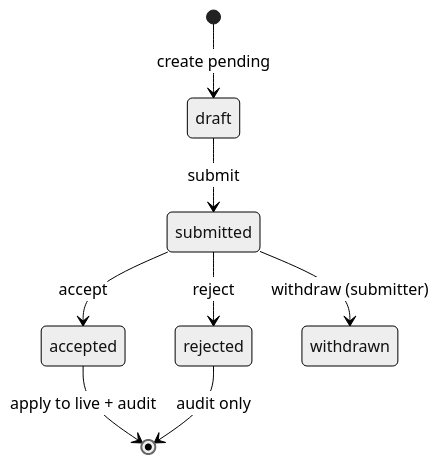
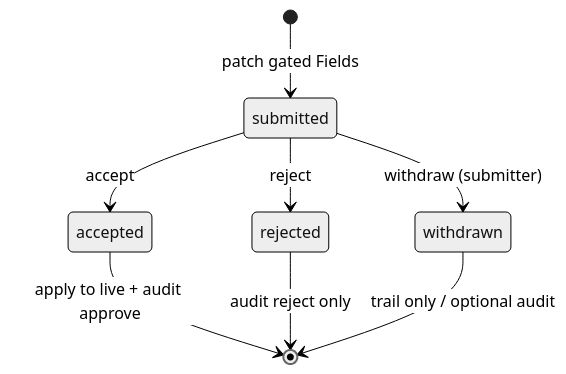
Before and after one commit to rebischoff/latch: the diagram in docs/reference/approval-trails.md, drawn with Mermaid (neutral theme). The commit also changed other lines of this file and 114 other files, not shown here.

````diff
--- a/docs/reference/approval-trails.md
+++ b/docs/reference/approval-trails.md
@@ -26,10 +27,10 @@
 ```mermaid
 stateDiagram-v2
-  [*] --> draft: create pending
-  draft --> submitted: submit
+  [*] --> submitted: patch gated Fields
   submitted --> accepted: accept
   submitted --> rejected: reject
   submitted --> withdrawn: withdraw (submitter)
-  accepted --> [*]: apply to live + audit
-  rejected --> [*]: audit only
+  accepted --> [*]: apply to live + audit approve
+  rejected --> [*]: audit reject only
+  withdrawn --> [*]: trail only / optional audit
 ```
````
